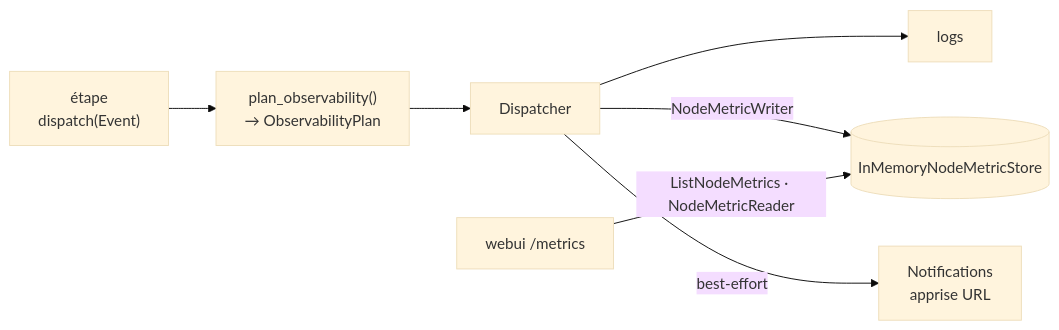
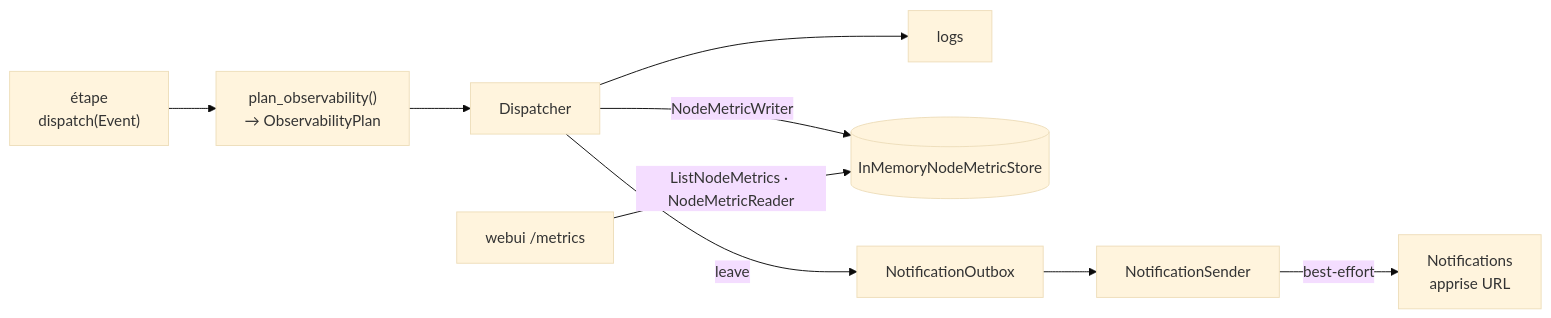
Diagram 12 of 12 in docs/contributing/architecture.md (mission-titar/p2pwatch), drawn with Mermaid (base theme) before and after one commit. The commit also changed other lines of this file and 30 other files, not shown here.

First line of the commit message:
refactor(crawler): every notification through the outbox, the notifier's work sending it

````diff
--- a/docs/contributing/architecture.md
+++ b/docs/contributing/architecture.md
@@ -748,16 +748,20 @@
 ```mermaid
 flowchart LR
   uc["étape<br/>dispatch(Event)"]
   desc["plan_observability()<br/>→ ObservabilityPlan"]
   disp["Dispatcher"]
   log["logs"]
   store[("InMemoryNodeMetricStore")]
   prom["webui /metrics"]
+  outbox["NotificationOutbox"]
+  sender["NotificationSender"]
   notif["Notifications<br/>apprise URL"]
 
   uc --> desc --> disp
   disp --> log
   disp -->|NodeMetricWriter| store
   prom -->|"ListNodeMetrics · NodeMetricReader"| store
-  disp -->|best-effort| notif
+  disp -->|leave| outbox
+  outbox --> sender
+  sender -->|best-effort| notif
 ```
````
